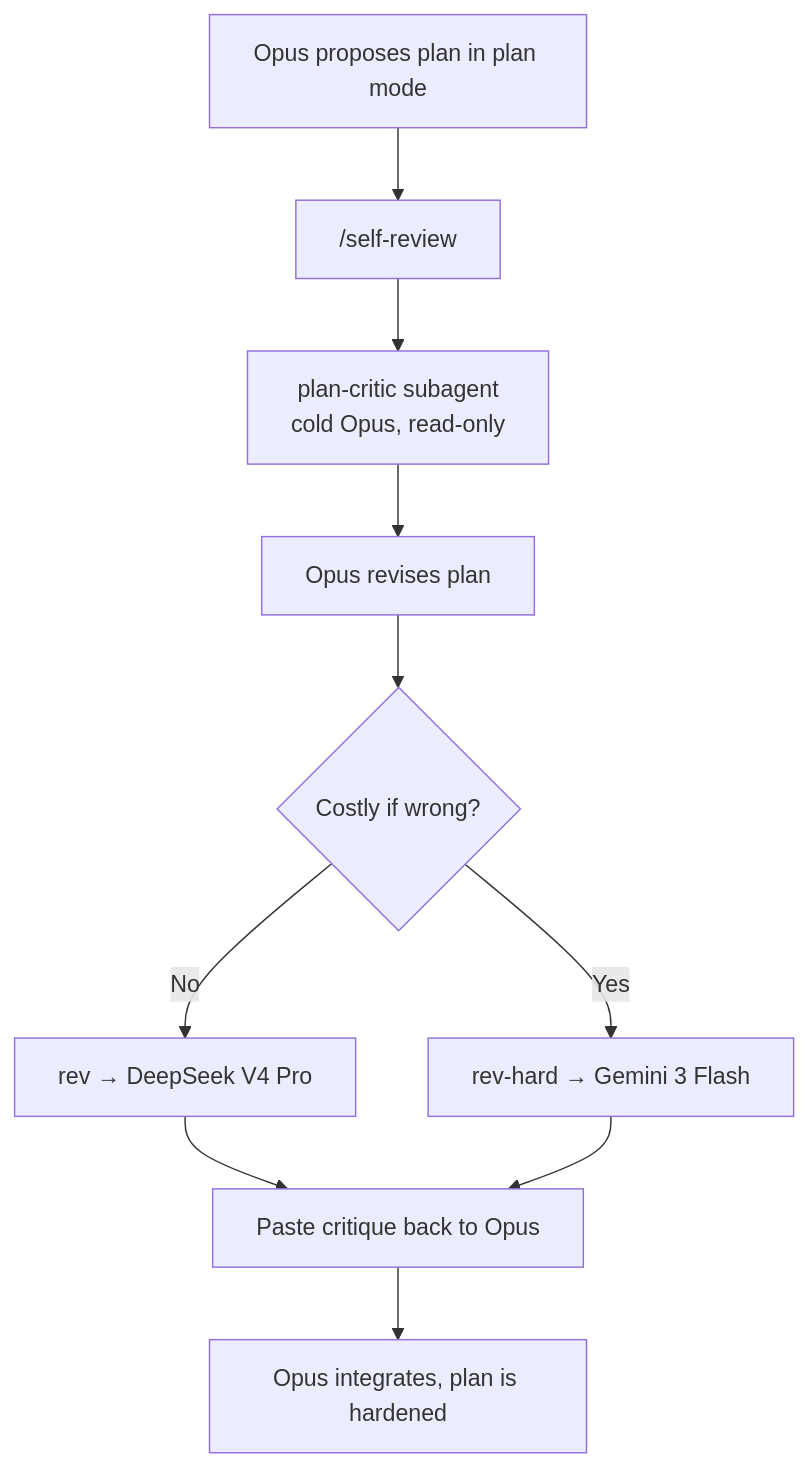
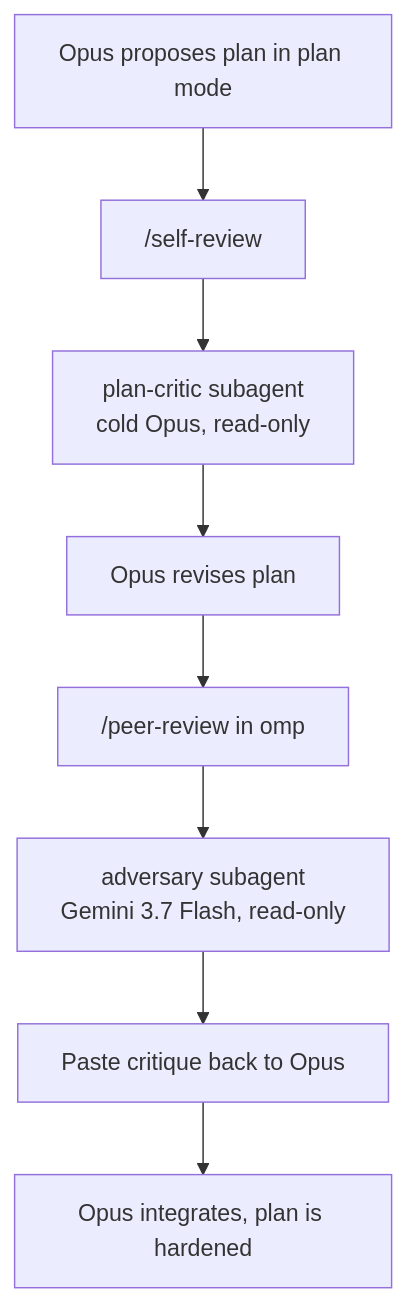
One commit to sudakshsoti/agent-config changed the diagram in docs/two-stage-plan-review.md. Above: the diagram before and after it, drawn with Mermaid. The commit also changed other lines of this file and 14 other files, not shown here.

````diff
--- a/docs/two-stage-plan-review.md
+++ b/docs/two-stage-plan-review.md
@@ -25,12 +25,10 @@
 ```mermaid
 graph TD
     A[Opus proposes plan in plan mode] --> B["/self-review"]
     B --> C[plan-critic subagent<br/>cold Opus, read-only]
     C --> D[Opus revises plan]
-    D --> E{Costly if wrong?}
-    E -->|No| F["rev → DeepSeek V4 Pro"]
-    E -->|Yes| G["rev-hard → Gemini 3 Flash"]
+    D --> E["/peer-review in omp"]
+    E --> F["adversary subagent<br/>Gemini 3.7 Flash, read-only"]
     F --> H[Paste critique back to Opus]
-    G --> H
     H --> I[Opus integrates, plan is hardened]
 ```
````
